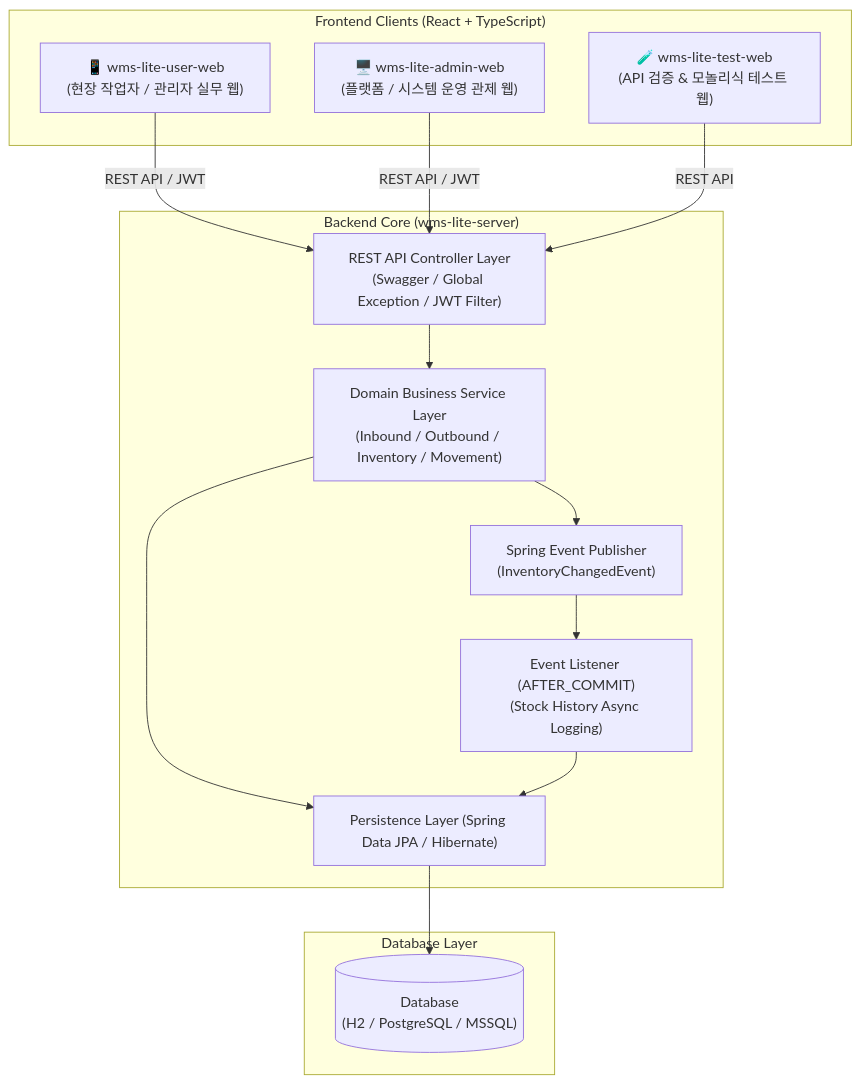
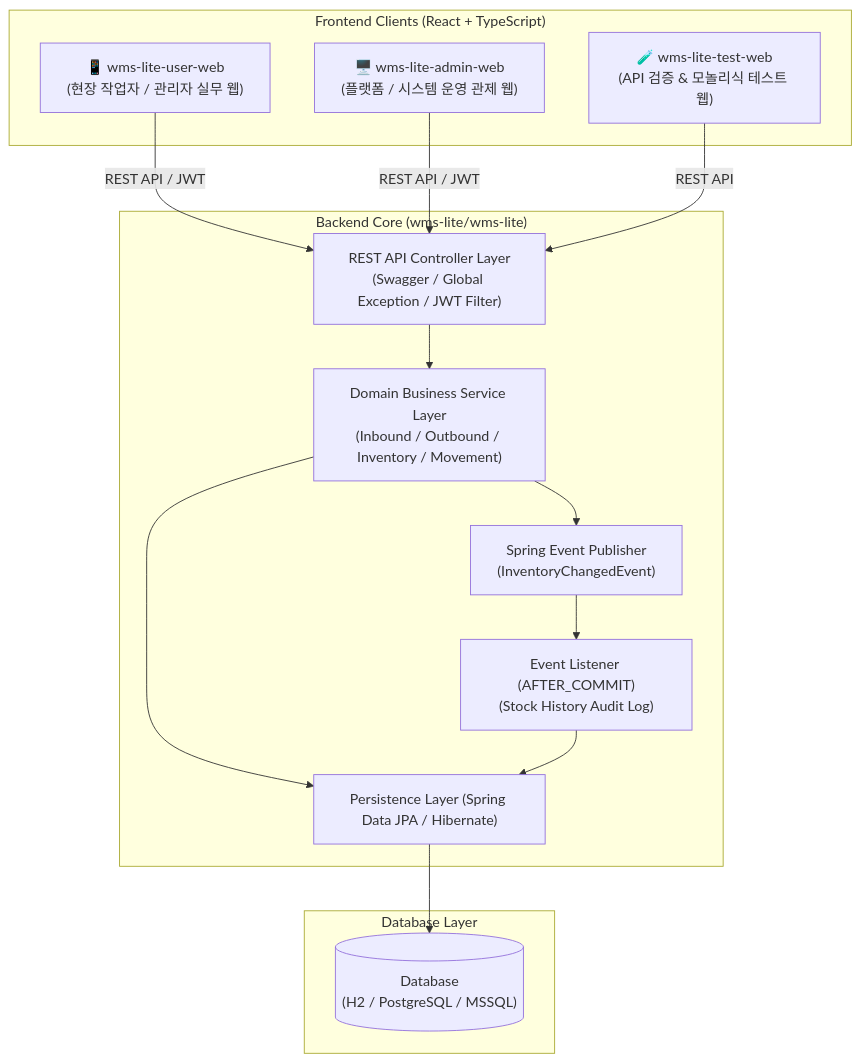
Before and after one commit to RedPromotion/wms-lite: the first of 4 diagrams in README.md, drawn with Mermaid. The commit also changed other lines of this file, not shown here.

````diff
--- a/README.md
+++ b/README.md
@@ -52,31 +53,31 @@
 ```mermaid
 flowchart TD
     subgraph Frontend ["Frontend Clients (React + TypeScript)"]
         UserWeb["📱 wms-lite-user-web\n(현장 작업자 / 관리자 실무 웹)"]
         AdminWeb["🖥️ wms-lite-admin-web\n(플랫폼 / 시스템 운영 관제 웹)"]
         TestWeb["🧪 wms-lite-test-web\n(API 검증 & 모놀리식 테스트 웹)"]
     end
 
-    subgraph Backend ["Backend Core (wms-lite-server)"]
+    subgraph Backend ["Backend Core (wms-lite/wms-lite)"]
         Gateway["REST API Controller Layer\n(Swagger / Global Exception / JWT Filter)"]
         Service["Domain Business Service Layer\n(Inbound / Outbound / Inventory / Movement)"]
         EventBus["Spring Event Publisher\n(InventoryChangedEvent)"]
-        EventListener["Event Listener (AFTER_COMMIT)\n(Stock History Async Logging)"]
+        EventListener["Event Listener (AFTER_COMMIT)\n(Stock History Audit Log)"]
         DataLayer["Persistence Layer (Spring Data JPA / Hibernate)"]
     end
 
     subgraph Database ["Database Layer"]
         DB[("Database\n(H2 / PostgreSQL / MSSQL)")]
     end
 
     UserWeb -->|REST API / JWT| Gateway
     AdminWeb -->|REST API / JWT| Gateway
     TestWeb -->|REST API| Gateway
 
     Gateway --> Service
     Service --> EventBus
     EventBus --> EventListener
     Service --> DataLayer
     EventListener --> DataLayer
     DataLayer --> DB
 ```
````
